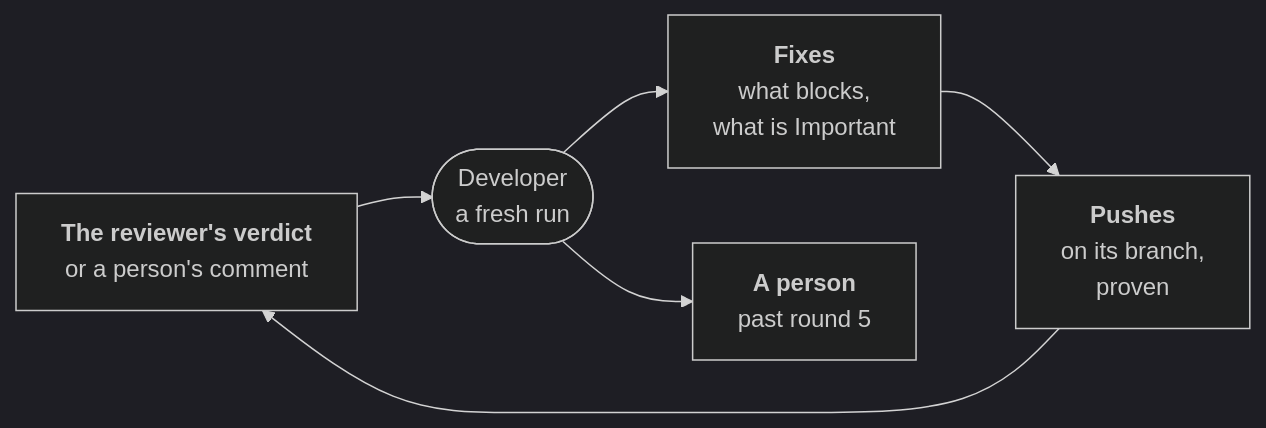
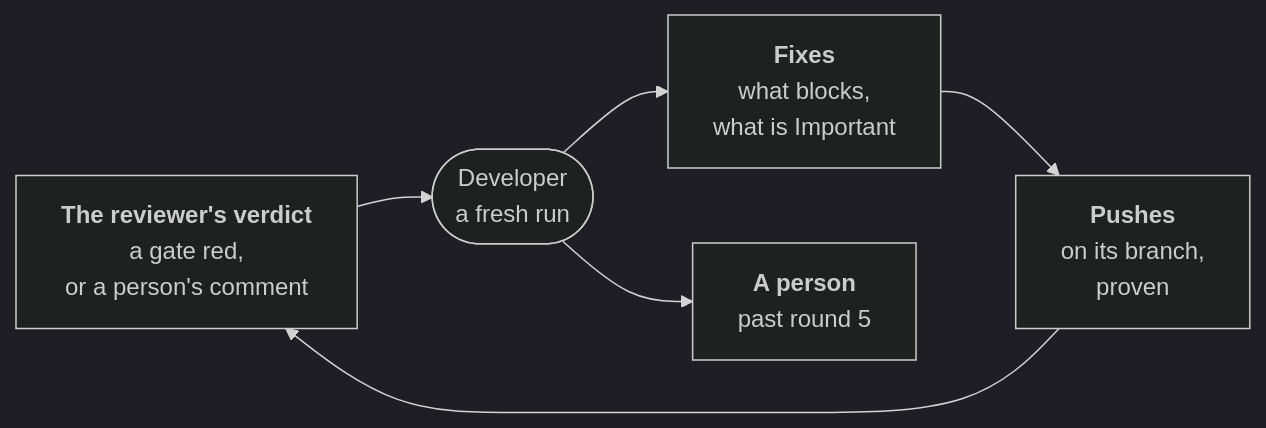
One commit to JN0V/workline changed the diagram in roles/developer/docs/review-loop.md. Above: the diagram before and after it, drawn with Mermaid (dark theme). The commit also changed other lines of this file and 11 other files, not shown here.

````diff
--- a/roles/developer/docs/review-loop.md
+++ b/roles/developer/docs/review-loop.md
@@ -12,10 +13,10 @@
 ```mermaid
 flowchart LR
-  verdict["<b>The reviewer's verdict</b><br/>or a person's comment"]
+  verdict["<b>The reviewer's verdict</b><br/>a gate red,<br/>or a person's comment"]
   run(["Developer<br/>a fresh run"])
   fix["<b>Fixes</b><br/>what blocks,<br/>what is Important"]
   push["<b>Pushes</b><br/>on its branch,<br/>proven"]
   person["<b>A person</b><br/>past round 5"]
   verdict --> run --> fix --> push --> verdict
   run --> person
 ```
````
